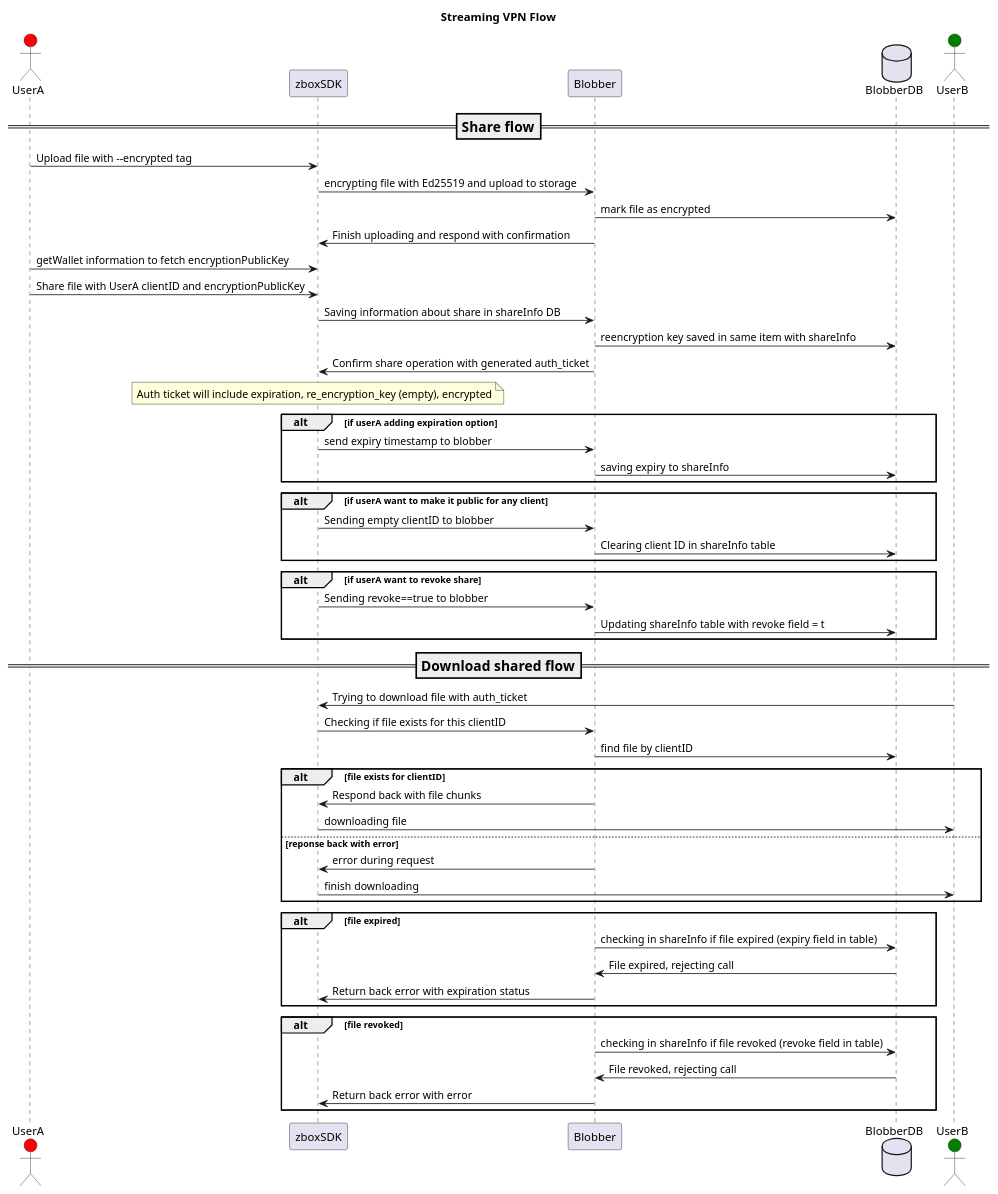
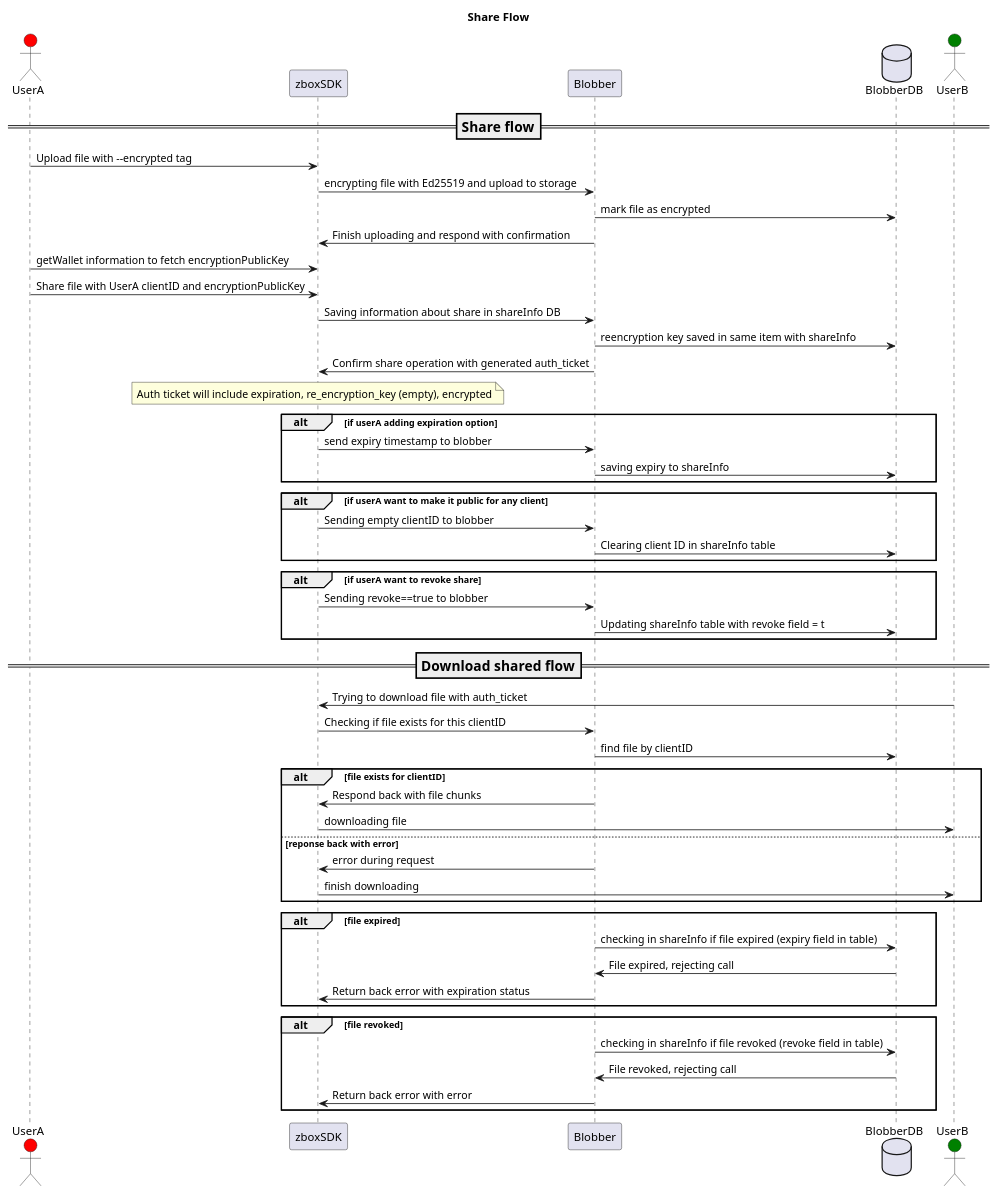
The diagram in documents/share.puml (0chain/zboxcli), drawn with PlantUML before and after one commit. The commit also changed 1 other file, not shown here.

Commit message:
fixup! :books: adding share flow

```diff
--- a/documents/share.puml
+++ b/documents/share.puml
@@ -1,61 +1,61 @@
 @startuml
-title Streaming VPN Flow
+title Share Flow
 
 actor UserA #red
 participant zboxSDK
 participant Blobber
 database BlobberDB
 actor UserB #green
 === Share flow ==
 
 UserA -> zboxSDK: Upload file with --encrypted tag
 zboxSDK -> Blobber: encrypting file with Ed25519 and upload to storage
 Blobber -> BlobberDB: mark file as encrypted
 Blobber -> zboxSDK: Finish uploading and respond with confirmation
 UserA -> zboxSDK: getWallet information to fetch encryptionPublicKey
 UserA -> zboxSDK: Share file with UserA clientID and encryptionPublicKey
 zboxSDK -> Blobber: Saving information about share in shareInfo DB
 Blobber -> BlobberDB: reencryption key saved in same item with shareInfo
 Blobber -> zboxSDK: Confirm share operation with generated auth_ticket
 note over zboxSDK: Auth ticket will include expiration, re_encryption_key (empty), encrypted
 alt if userA adding expiration option
 zboxSDK -> Blobber: send expiry timestamp to blobber
 Blobber -> BlobberDB: saving expiry to shareInfo
 end
 
 alt if userA want to make it public for any client
 zboxSDK -> Blobber: Sending empty clientID to blobber
 Blobber -> BlobberDB: Clearing client ID in shareInfo table
 end
 
 alt if userA want to revoke share
 zboxSDK -> Blobber: Sending revoke==true to blobber
 Blobber -> BlobberDB: Updating shareInfo table with revoke field = t
 end
 
 === Download shared flow ==
 
 UserB -> zboxSDK: Trying to download file with auth_ticket
 zboxSDK -> Blobber: Checking if file exists for this clientID
 Blobber -> BlobberDB: find file by clientID
 alt file exists for clientID
 Blobber -> zboxSDK: Respond back with file chunks
 zboxSDK -> UserB: downloading file
 else reponse back with error
 Blobber -> zboxSDK: error during request
 zboxSDK -> UserB: finish downloading
 end
 
 alt file expired
 Blobber -> BlobberDB: checking in shareInfo if file expired (expiry field in table)
 BlobberDB -> Blobber: File expired, rejecting call
 Blobber -> zboxSDK: Return back error with expiration status
 end
 
 alt file revoked
 Blobber -> BlobberDB: checking in shareInfo if file revoked (revoke field in table)
 BlobberDB -> Blobber: File revoked, rejecting call
 Blobber -> zboxSDK: Return back error with error
 end
 
 @enduml
```
